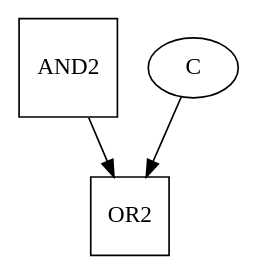
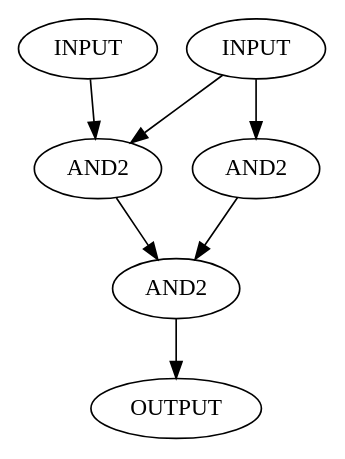
Before and after one commit to ozyz/Projet-Info: the diagram in test.dot, drawn with Graphviz. The commit also changed 7 other files, not shown here.

```diff
--- a/test.dot
+++ b/test.dot
@@ -1,6 +1,16 @@
 digraph G {
-  A[label="AND2", shape="square"]
-  B[label="OR2", shape="square"]
-  A -> B
-  C-> B
+  in1[label="INPUT"]
+  in2[label="INPUT"]
+  out1[label="OUTPUT"]
+  a[label="AND2"]
+  b[label="AND2"]
+  c[label="AND2"]
+
+  in1-> a
+  in2-> a
+  in1-> b
+  b -> c
+  a -> c
+  c -> out1
+
 }
```
